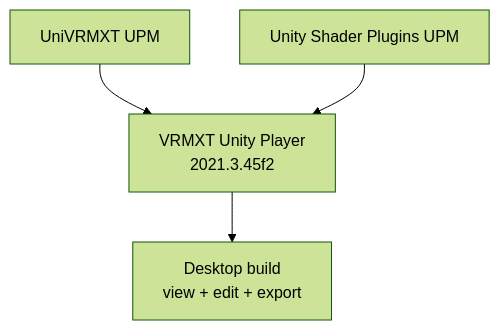
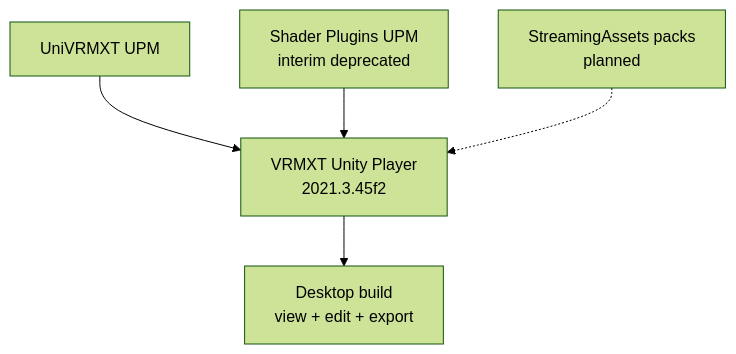
One commit to miramocha/Extended-VRM-Specs changed the diagram in implementations/vrmxt-unity-player.md. Above: the diagram before and after it, drawn with Mermaid (forest theme). The commit also changed other lines of this file and 9 other files, not shown here.

First line of the commit message:
docs: deprecate shader-plugins claim inventory

````diff
--- a/implementations/vrmxt-unity-player.md
+++ b/implementations/vrmxt-unity-player.md
@@ -74,10 +76,12 @@
 ```mermaid
 flowchart TB
   pkg["UniVRMXT UPM"]
-  shaders["Unity Shader Plugins UPM"]
+  shaders["Shader Plugins UPM<br/>interim deprecated"]
+  packs["StreamingAssets packs<br/>planned"]
   app["VRMXT Unity Player<br/>2021.3.45f2"]
   desk["Desktop build<br/>view + edit + export"]
   pkg --> app
   shaders --> app
+  packs -.-> app
   app --> desk
 ```
````
